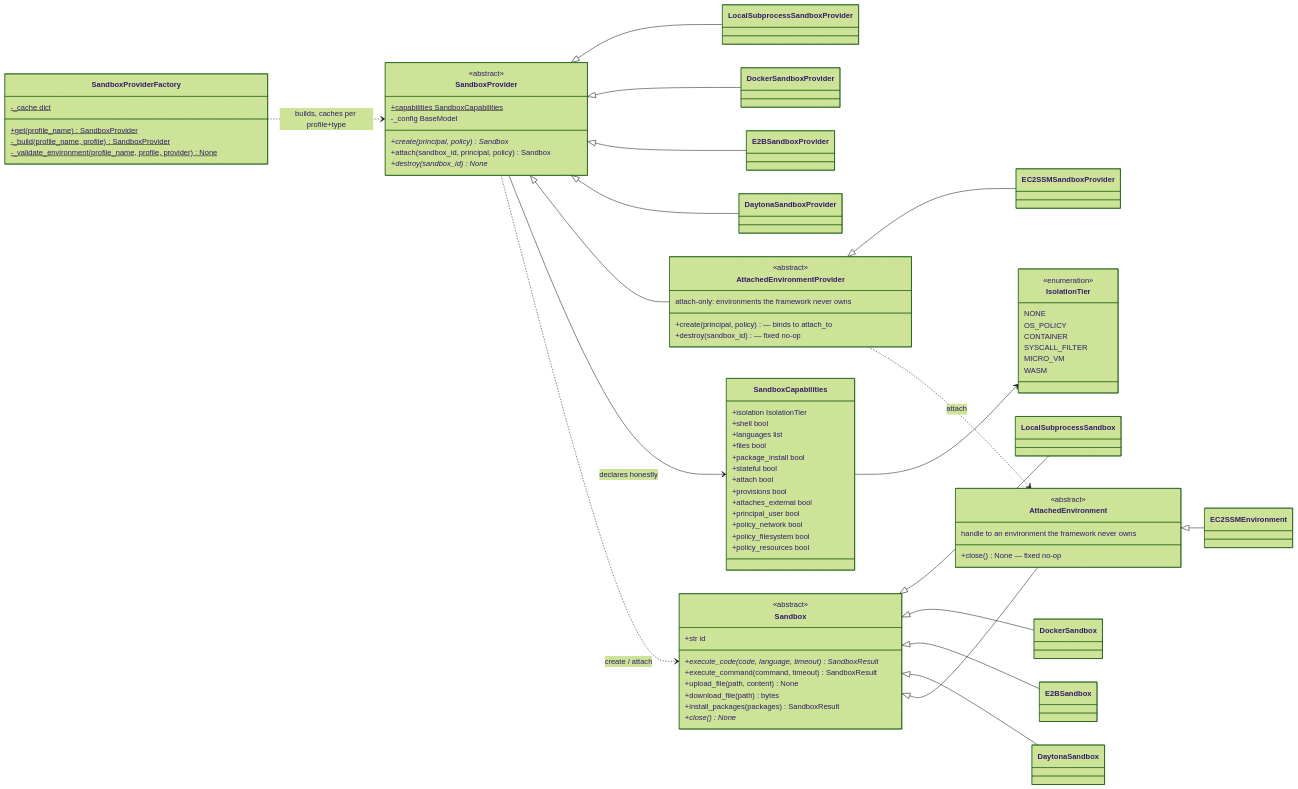
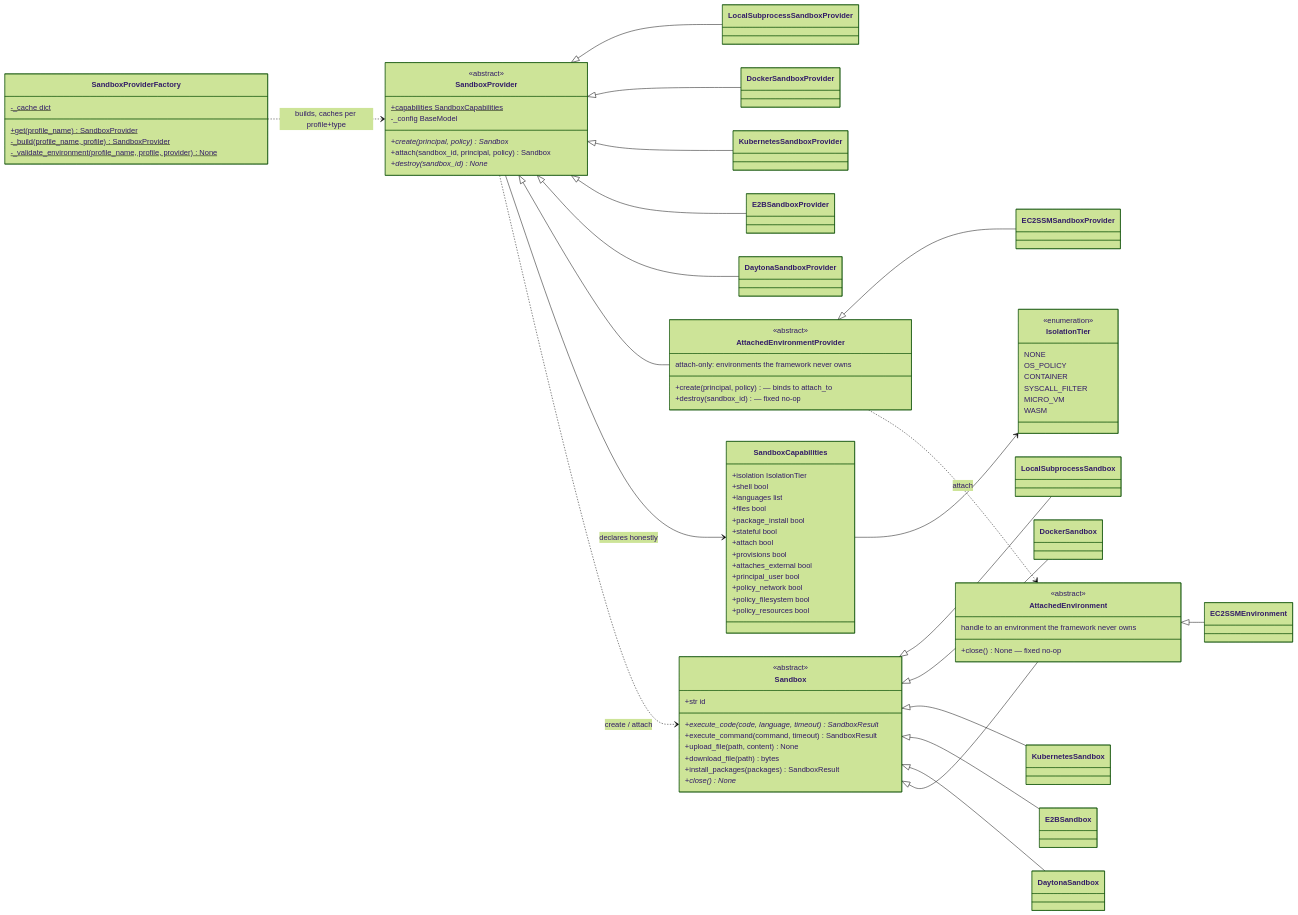
Before and after one commit to yaalalabs/agent-kernel: the second of 9 diagrams in docs/docs/architecture/sandbox-internals.md, drawn with Mermaid (forest theme). The commit also changed other lines of this file, not shown here.

```diff
--- a/docs/docs/architecture/sandbox-internals.md
+++ b/docs/docs/architecture/sandbox-internals.md
@@ -118,11 +125,13 @@
     }
     class LocalSubprocessSandbox
     class DockerSandbox
+    class KubernetesSandbox
     class E2BSandbox
     class DaytonaSandbox
     class EC2SSMEnvironment
     class LocalSubprocessSandboxProvider
     class DockerSandboxProvider
+    class KubernetesSandboxProvider
     class E2BSandboxProvider
     class DaytonaSandboxProvider
     class EC2SSMSandboxProvider
@@ -135,12 +144,14 @@
 
     Sandbox <|-- LocalSubprocessSandbox
     Sandbox <|-- DockerSandbox
+    Sandbox <|-- KubernetesSandbox
     Sandbox <|-- E2BSandbox
     Sandbox <|-- DaytonaSandbox
     Sandbox <|-- AttachedEnvironment
     AttachedEnvironment <|-- EC2SSMEnvironment
     SandboxProvider <|-- LocalSubprocessSandboxProvider
     SandboxProvider <|-- DockerSandboxProvider
+    SandboxProvider <|-- KubernetesSandboxProvider
     SandboxProvider <|-- E2BSandboxProvider
     SandboxProvider <|-- DaytonaSandboxProvider
     SandboxProvider <|-- AttachedEnvironmentProvider
```
